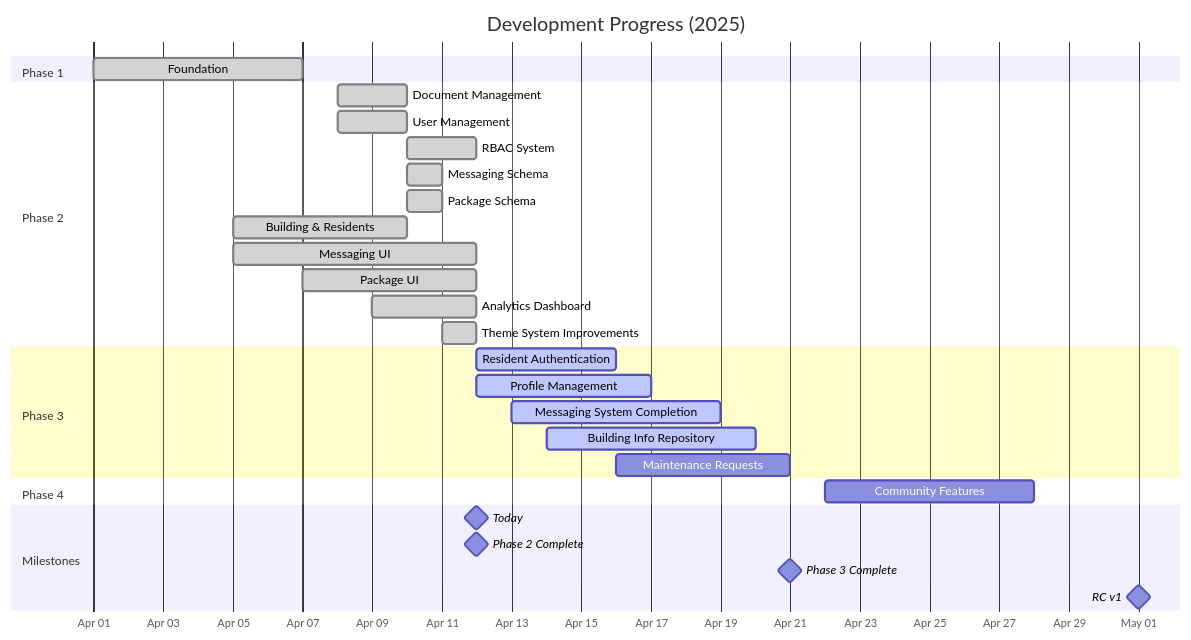
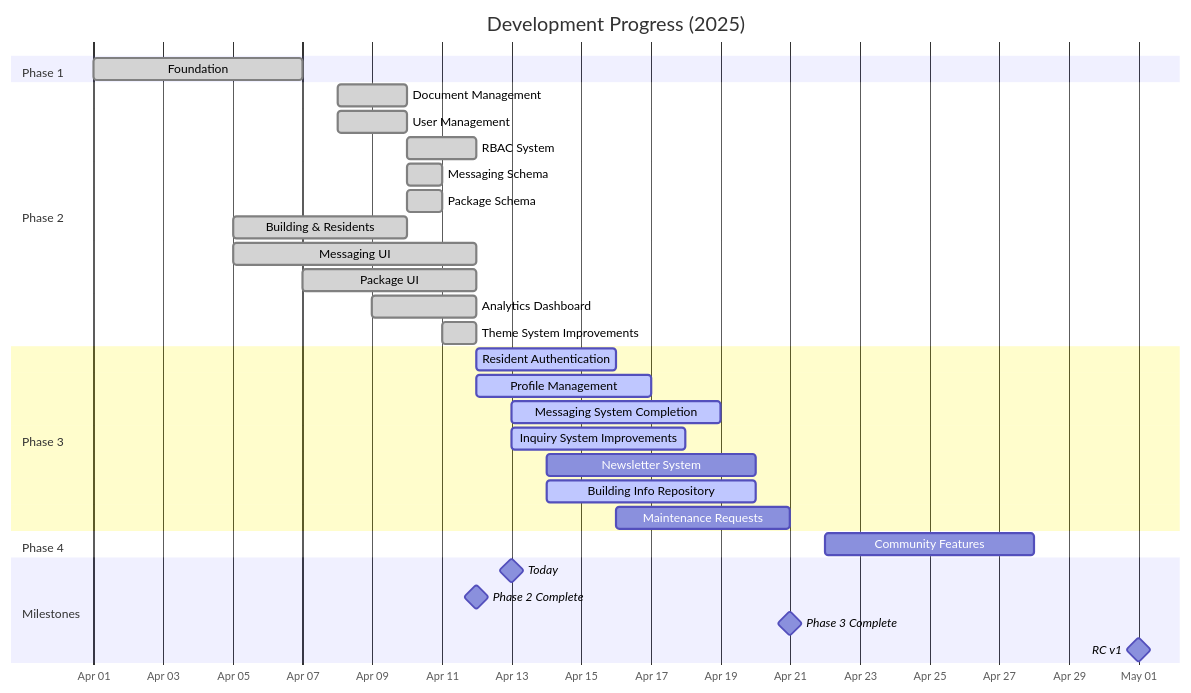
One commit to mrj0nesmtl/loftsdesarts changed the diagram in docs/project-management/STATUS.md. Above: the diagram before and after it, drawn with Mermaid. The commit also changed other lines of this file and 25 other files, not shown here.

Commit message:
Session 6 updates: Enhanced documentation for messaging, inquiry, and newsletter systems. Added emergency contact cards and weather widget. Reorganized SQL files and updated project status and roadmap.

````diff
--- a/docs/project-management/STATUS.md
+++ b/docs/project-management/STATUS.md
@@ -165,38 +178,40 @@
 ```mermaid
 gantt
     title Development Progress (2025)
     dateFormat YYYY-MM-DD
     axisFormat %b %d
     todayMarker on
     
     section Phase 1
     Foundation                     :done, p1, 2025-04-01, 2025-04-07
     
     section Phase 2
     Document Management            :done, dm, 2025-04-08, 2025-04-10
     User Management                :done, um, 2025-04-08, 2025-04-10
     RBAC System                    :done, rbac, 2025-04-10, 2025-04-12
     Messaging Schema               :done, ms, 2025-04-10, 2025-04-11
     Package Schema                 :done, ps, 2025-04-10, 2025-04-11
     Building & Residents           :done, br, 2025-04-05, 2025-04-10
     Messaging UI                   :done, mui, 2025-04-05, 2025-04-12
     Package UI                     :done, pui, 2025-04-07, 2025-04-12
     Analytics Dashboard            :done, ad, 2025-04-09, 2025-04-12
     Theme System Improvements      :done, tsi, 2025-04-11, 2025-04-12
     
     section Phase 3
     Resident Authentication        :active, ra, 2025-04-12, 2025-04-16
     Profile Management             :active, pm, 2025-04-12, 2025-04-17
     Messaging System Completion    :active, msc, 2025-04-13, 2025-04-19
+    Inquiry System Improvements    :active, isi, 2025-04-13, 2025-04-18
+    Newsletter System              :ns, 2025-04-14, 2025-04-20
     Building Info Repository       :active, bir, 2025-04-14, 2025-04-20
     Maintenance Requests           :mr, 2025-04-16, 2025-04-21
     
     section Phase 4
     Community Features             :p4, 2025-04-22, 2025-04-28
     
     section Milestones
-    Today                          :milestone, today, 2025-04-12, 0d
+    Today                          :milestone, today, 2025-04-13, 0d
     Phase 2 Complete               :milestone, m1, 2025-04-12, 0d
     Phase 3 Complete               :milestone, m2, 2025-04-21, 0d
     RC v1                          :milestone, m3, 2025-05-01, 0d
 ```
````
